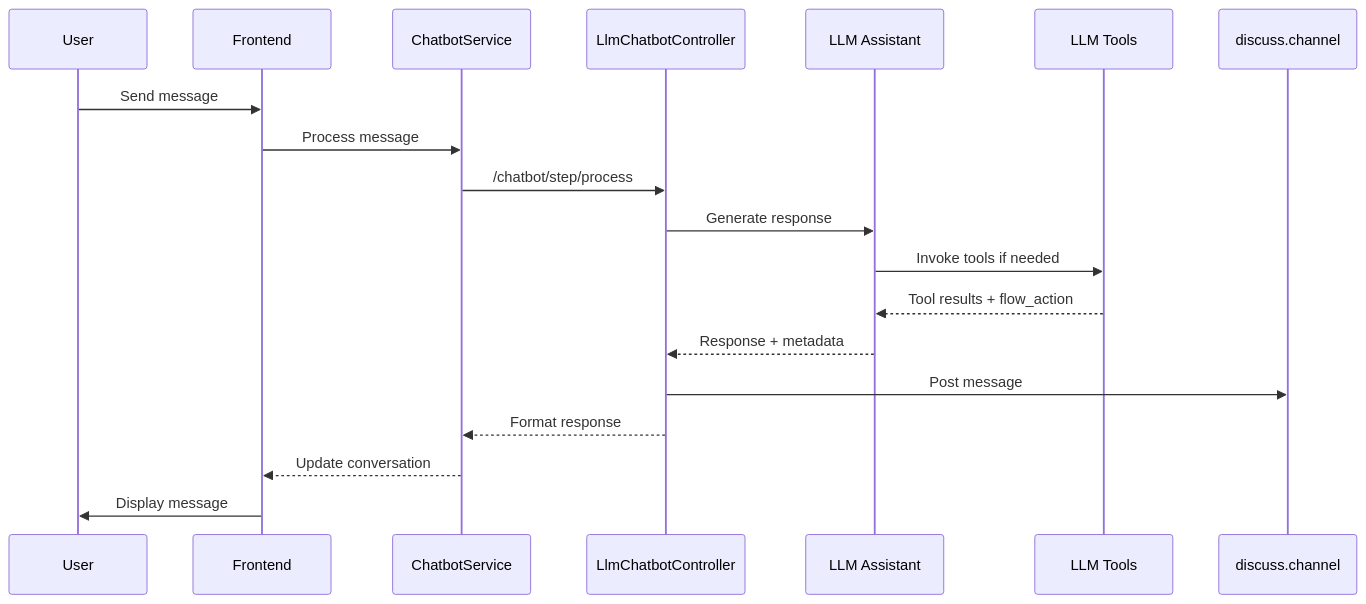
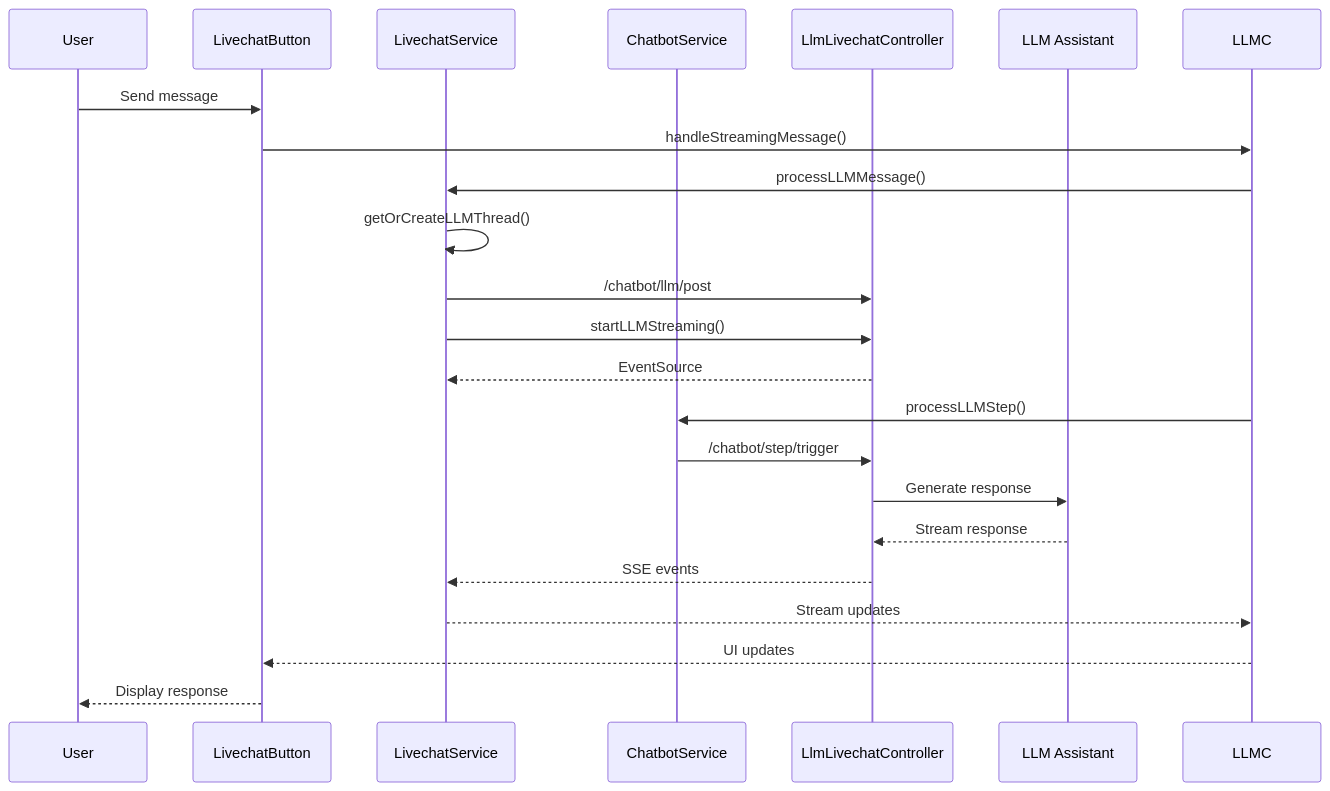
Before and after one commit to yoandym/odoo-llm: the third of 4 diagrams in llm_website_assistant/docs/developer-guide/architecture/architecture.md, drawn with Mermaid. The commit also changed other lines of this file and 46 other files, not shown here.

First line of the commit message:
[WIP] LLM capabilities for im_livechat

````diff
--- a/llm_website_assistant/docs/developer-guide/architecture/architecture.md
+++ b/llm_website_assistant/docs/developer-guide/architecture/architecture.md
@@ -167,22 +307,32 @@
 ```{mermaid}
 :zoom:
 sequenceDiagram
     participant U as User
-    participant F as Frontend
-    participant CS as ChatbotService
-    participant LCC as LlmChatbotController
+    participant LCB as LivechatButton
+    participant LCS as LivechatService
+    participant LCS as LivechatService
+    participant CBS as ChatbotService
+    participant LLC as LlmLivechatController
     participant LA as LLM Assistant
-    participant T as LLM Tools
-    participant DC as discuss.channel
-    U->>F: Send message
-    F->>CS: Process message
-    CS->>LCC: /chatbot/step/process
-    LCC->>LA: Generate response
-    LA->>T: Invoke tools if needed
-    T-->>LA: Tool results + flow_action
-    LA-->>LCC: Response + metadata
-    LCC->>DC: Post message
-    LCC-->>CS: Format response
-    CS-->>F: Update conversation
-    F->>U: Display message
+    
+    U->>LCB: Send message
+    LCB->>LLMC: handleStreamingMessage()
+    
+    LLMC->>LCS: processLLMMessage()
+    LCS->>LCS: getOrCreateLLMThread()
+    LCS->>LLC: /chatbot/llm/post
+    
+    LCS->>LLC: startLLMStreaming()
+    LLC-->>LCS: EventSource
+    
+    LLMC->>CBS: processLLMStep()
+    CBS->>LLC: /chatbot/step/trigger
+    
+    LLC->>LA: Generate response
+    LA-->>LLC: Stream response
+    
+    LLC-->>LCS: SSE events
+    LCS-->>LLMC: Stream updates
+    LLMC-->>LCB: UI updates
+    LCB-->>U: Display response
 ```
````
